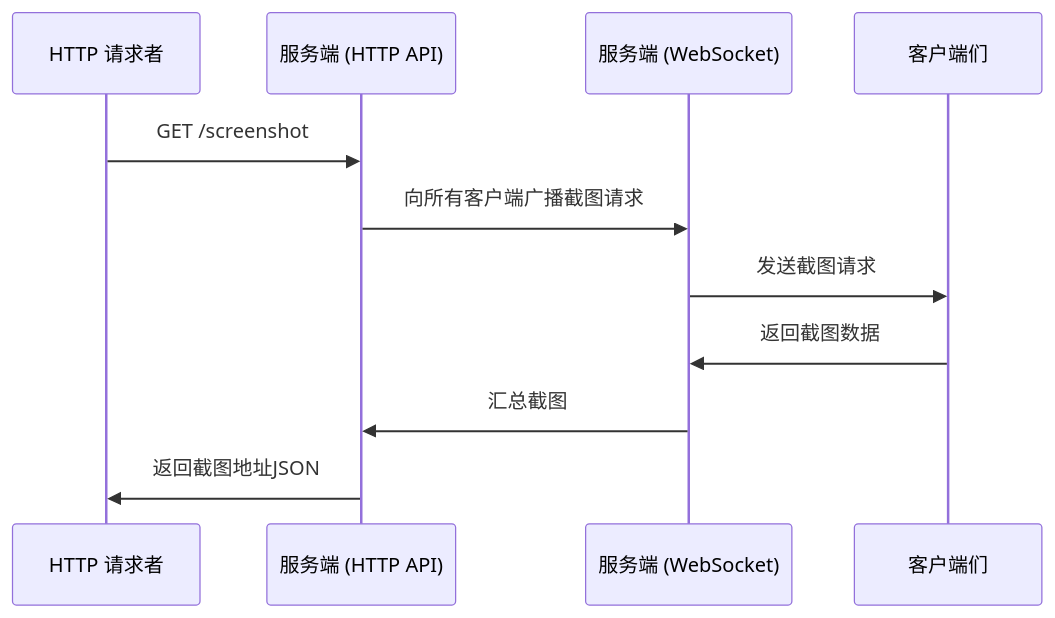
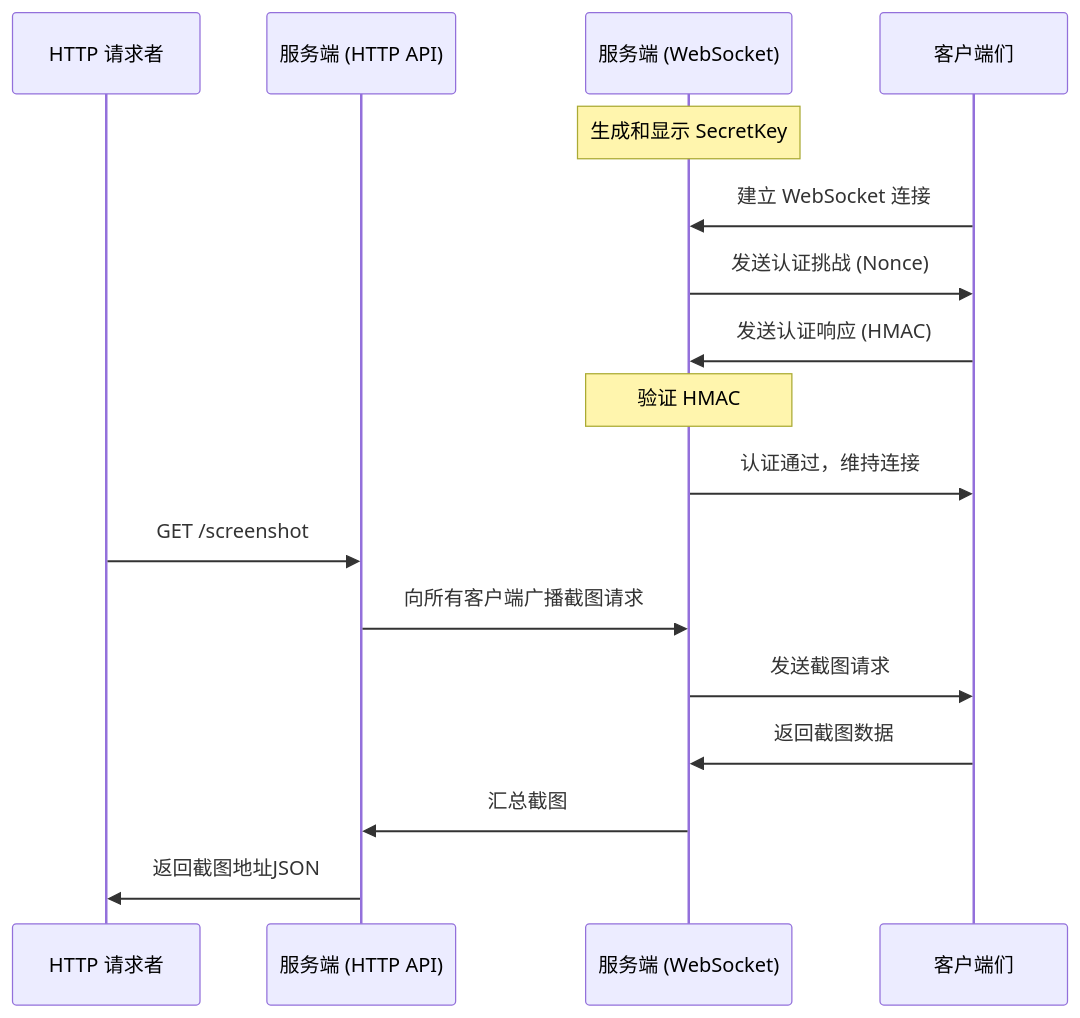
The diagram in README.md (BobLiu0518/RemoShot), drawn with Mermaid before and after one commit. The commit also changed other lines of this file and 17 other files, not shown here.

````diff
--- a/README.md
+++ b/README.md
@@ -7,14 +7,21 @@
 ```mermaid
 sequenceDiagram
     participant User as HTTP 请求者
     participant ServerHTTP as 服务端 (HTTP API)
     participant ServerWS as 服务端 (WebSocket)
     participant Clients as 客户端们
+
+    Note over ServerWS: 生成和显示 SecretKey
+    Clients->>ServerWS: 建立 WebSocket 连接
+    ServerWS->>Clients: 发送认证挑战 (Nonce)
+    Clients->>ServerWS: 发送认证响应 (HMAC)
+    Note over ServerWS: 验证 HMAC
+    ServerWS->>Clients: 认证通过，维持连接
 
     User->>ServerHTTP: GET /screenshot
     ServerHTTP->>ServerWS: 向所有客户端广播截图请求
     ServerWS->>Clients: 发送截图请求
     Clients->>ServerWS: 返回截图数据
     ServerWS->>ServerHTTP: 汇总截图
     ServerHTTP->>User: 返回截图地址JSON
 ```
````
